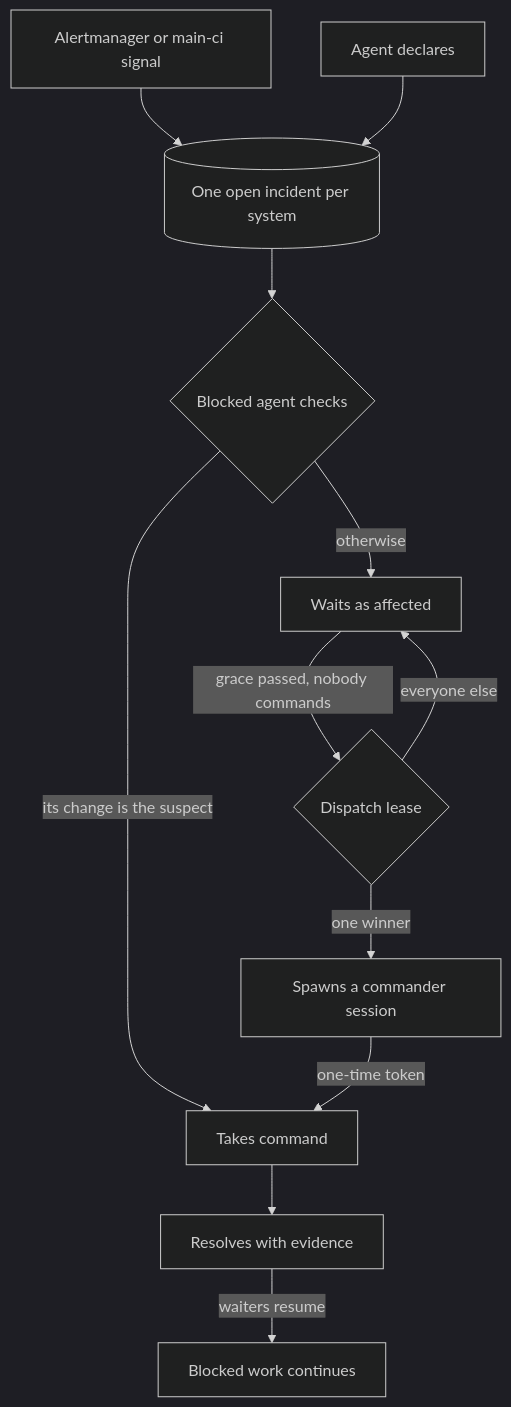
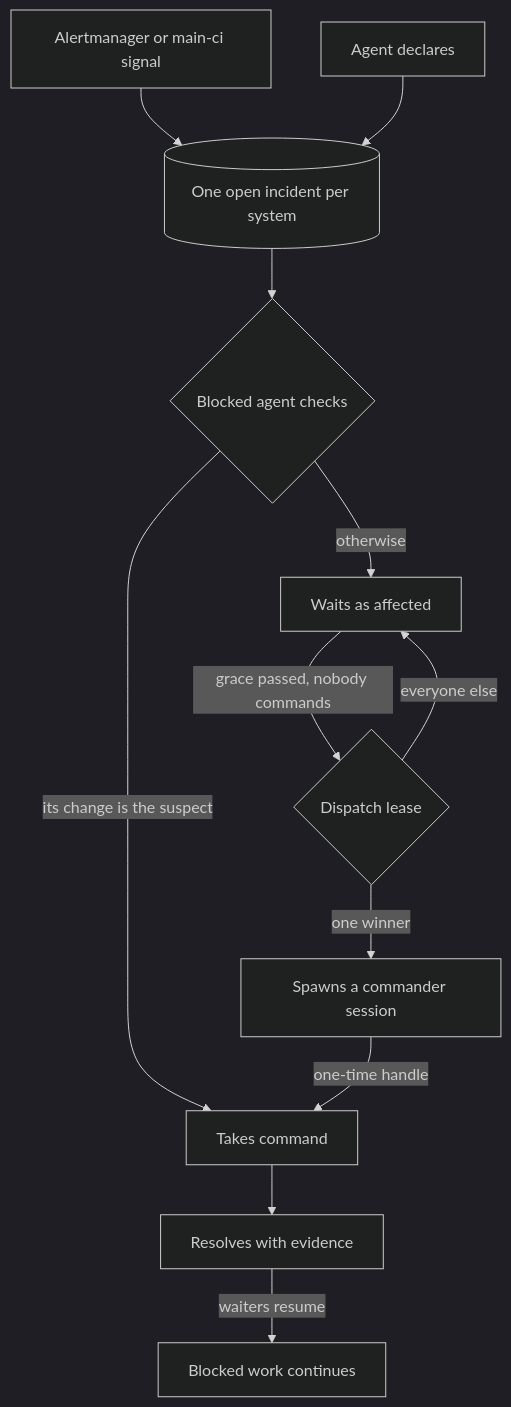
The diagram in packages/docs/wiki/src/content/docs/explanation/homelab/incidents.md (shepherdjerred/monorepo), drawn with Mermaid (dark theme) before and after one commit. The commit also changed other lines of this file and 1 other file, not shown here.

First line of the commit message:
docs(root): describe the dispatch handle that replaced the claim token on the command line

````diff
--- a/packages/docs/wiki/src/content/docs/explanation/homelab/incidents.md
+++ b/packages/docs/wiki/src/content/docs/explanation/homelab/incidents.md
@@ -16,17 +16,17 @@
 ```mermaid
 flowchart TD
   accTitle: How a blocked agent reaches an incident commander
-  accDescr: A signal or an agent opens one incident per system. A blocked agent checks it. If its own change is the suspect it takes command. Otherwise it waits. Once the takeover grace passes with nobody in command, waiters race for a dispatch lease; one wins and spawns a commander session, which claims command with a one-time token. The others keep waiting until the incident resolves.
+  accDescr: A signal or an agent opens one incident per system. A blocked agent checks it. If its own change is the suspect it takes command. Otherwise it waits. Once the takeover grace passes with nobody in command, waiters race for a dispatch lease; one wins and spawns a commander session, which claims command by redeeming a one-time handle. The others keep waiting until the incident resolves.
 
   SIG[Alertmanager or main-ci signal] --> INC[(One open incident per system)]
   DECL[Agent declares] --> INC
   INC --> CHECK{Blocked agent checks}
   CHECK -->|its change is the suspect| TAKE[Takes command]
   CHECK -->|otherwise| WAIT[Waits as affected]
   WAIT -->|grace passed, nobody commands| LEASE{Dispatch lease}
   LEASE -->|one winner| SPAWN[Spawns a commander session]
   LEASE -->|everyone else| WAIT
-  SPAWN -->|one-time token| TAKE
+  SPAWN -->|one-time handle| TAKE
   TAKE --> RES[Resolves with evidence]
   RES -->|waiters resume| DONE[Blocked work continues]
 ```
````
